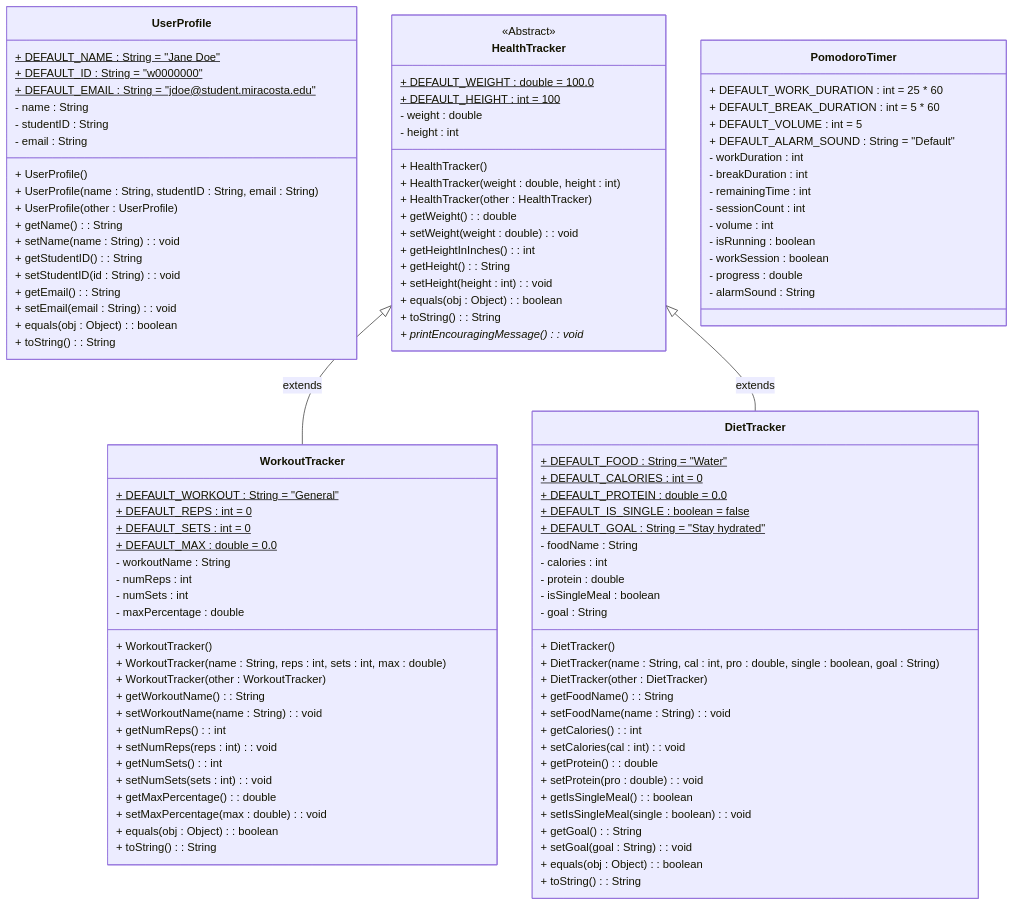
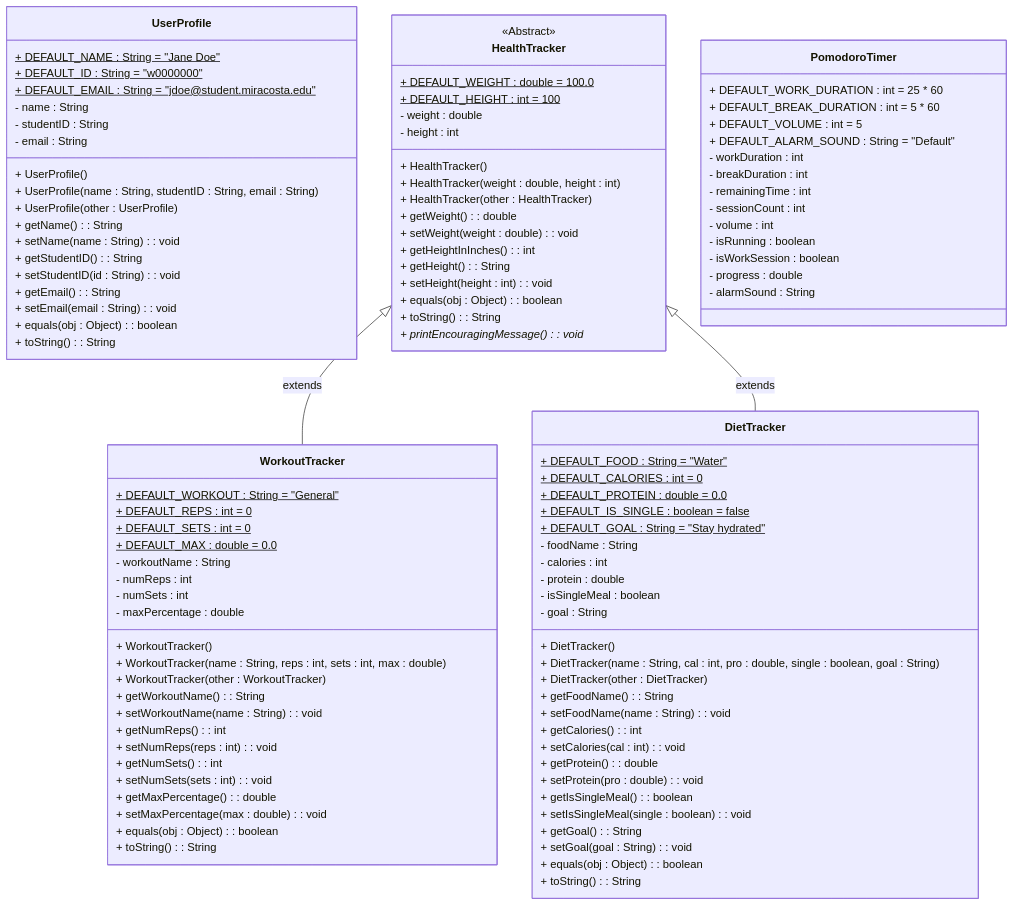
The diagram in README.md (sara10123/MCC-Tracker), drawn with Mermaid before and after one commit. The commit also changed 1 other file, not shown here.

Commit message:
Created setters and getters

```diff
--- a/README.md
+++ b/README.md
@@ -108,7 +108,7 @@
    - sessionCount : int
    - volume : int
    - isRunning : boolean
-   - workSession : boolean
+   - isWorkSession : boolean
    - progress : double
    - alarmSound : String 
    }
```
